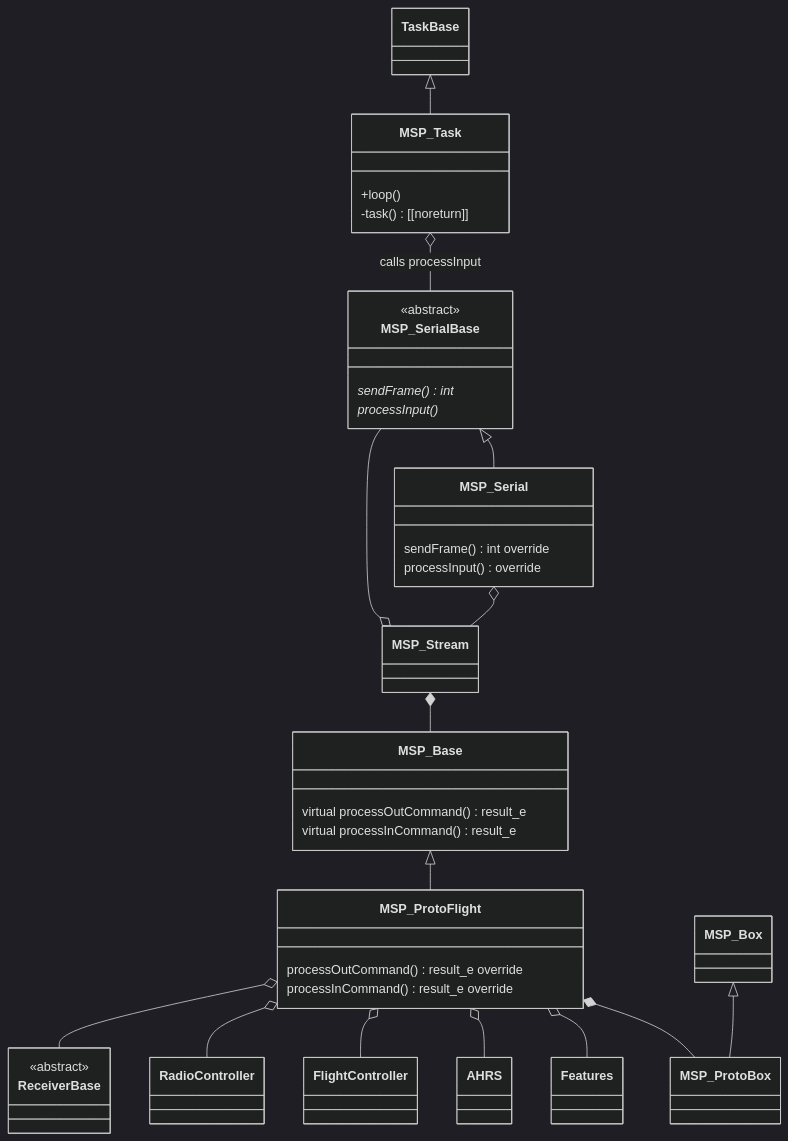
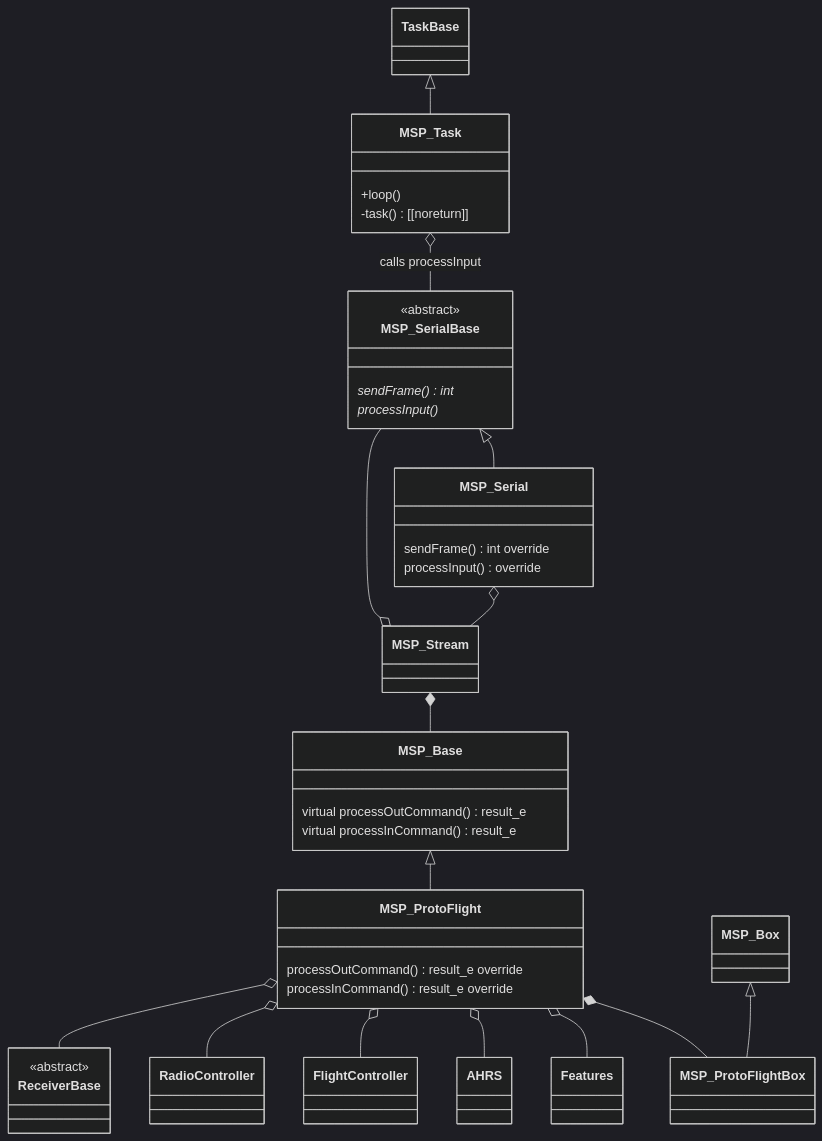
One commit to martinbudden/Protoflight changed the fourth of 5 diagrams in README.md. Above: the diagram before and after it, drawn with Mermaid (dark theme). The commit also changed other lines of this file and 4 other files, not shown here.

Commit message:
Updated readme. Renamed MSP_ProtoBox to MSP_ProtoFlightBox.

````diff
--- a/README.md
+++ b/README.md
@@ -632,47 +638,47 @@
 ```mermaid
 classDiagram
     class MSP_SerialBase {
         <<abstract>>
         sendFrame() int *
         processInput() *
     }
     class MSP_Base {
         virtual processOutCommand() result_e
         virtual processInCommand() result_e
     }
     class MSP_Stream {
     }
     MSP_Stream *-- MSP_Base
     MSP_Stream o-- MSP_SerialBase
 
     MSP_SerialBase <|-- MSP_Serial
     class MSP_Serial {
         sendFrame() int override
         processInput() override
     }
     MSP_Serial o-- MSP_Stream
 
     MSP_Base <|-- MSP_ProtoFlight
     class MSP_ProtoFlight {
         processOutCommand() result_e override
         processInCommand() result_e override
     }
-    MSP_ProtoFlight *-- MSP_ProtoBox
+    MSP_ProtoFlight *-- MSP_ProtoFlightBox
     MSP_ProtoFlight o-- Features
     MSP_ProtoFlight o-- AHRS
     MSP_ProtoFlight o-- FlightController
     MSP_ProtoFlight o-- RadioController
     class ReceiverBase {
         <<abstract>>
     }
     MSP_ProtoFlight o-- ReceiverBase
 
-    MSP_Box <|-- MSP_ProtoBox
+    MSP_Box <|-- MSP_ProtoFlightBox
 
     TaskBase <|-- MSP_Task
     class MSP_Task {
         +loop()
         -task() [[noreturn]]
     }
     MSP_Task o-- MSP_SerialBase : calls processInput
 ```
````
